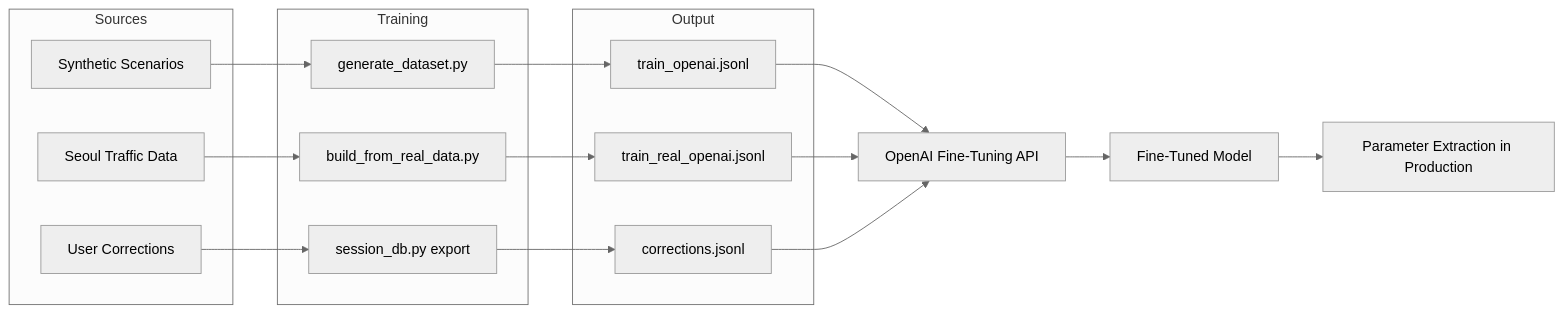
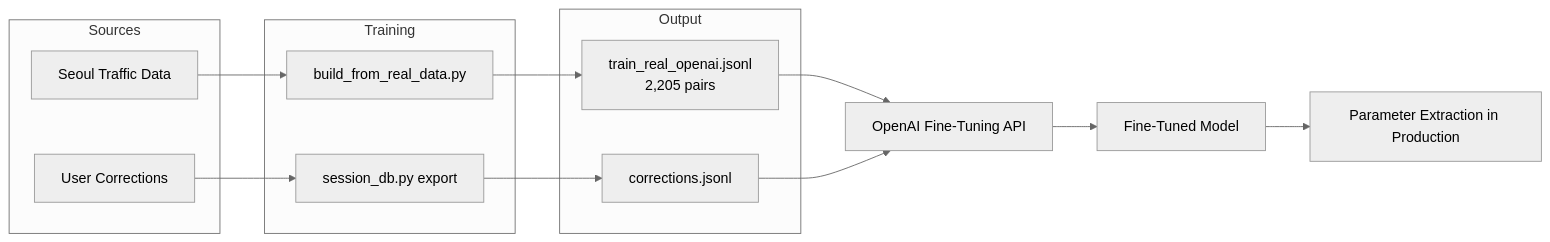
One commit to sewon-p/sumo-traffic-agent changed the fourth of 7 diagrams in README.md. Above: the diagram before and after it, drawn with Mermaid (neutral theme). The commit also changed other lines of this file and 1 other file, not shown here.

Commit message:
Remove synthetic dataset section, add /docs/ static file routing
- Remove Path 1 (Synthetic) from Dataset section — superseded by real data
- Remove synthetic from Data Flow mermaid chart
- Add /docs/ route in server.py to serve GIF/PNG from project root docs/
  (fixes broken images on deployed about page)

````diff
--- a/README.md
+++ b/README.md
@@ -175,30 +175,25 @@
 ```mermaid
 flowchart LR
     subgraph Sources
-        S1[Synthetic Scenarios]
         S2[Seoul Traffic Data]
         S3[User Corrections]
     end
 
     subgraph Training
-        T1[generate_dataset.py]
         T2[build_from_real_data.py]
         T3[session_db.py export]
     end
 
     subgraph Output
-        O1[train_openai.jsonl]
-        O2[train_real_openai.jsonl]
+        O2[train_real_openai.jsonl\n2,205 pairs]
         O3[corrections.jsonl]
     end
 
-    S1 --> T1 --> O1
     S2 --> T2 --> O2
     S3 --> T3 --> O3
 
-    O1 --> FT[OpenAI Fine-Tuning API]
-    O2 --> FT
+    O2 --> FT[OpenAI Fine-Tuning API]
     O3 --> FT
     FT --> MODEL[Fine-Tuned Model]
     MODEL --> DEPLOY[Parameter Extraction in Production]
 ```
````
